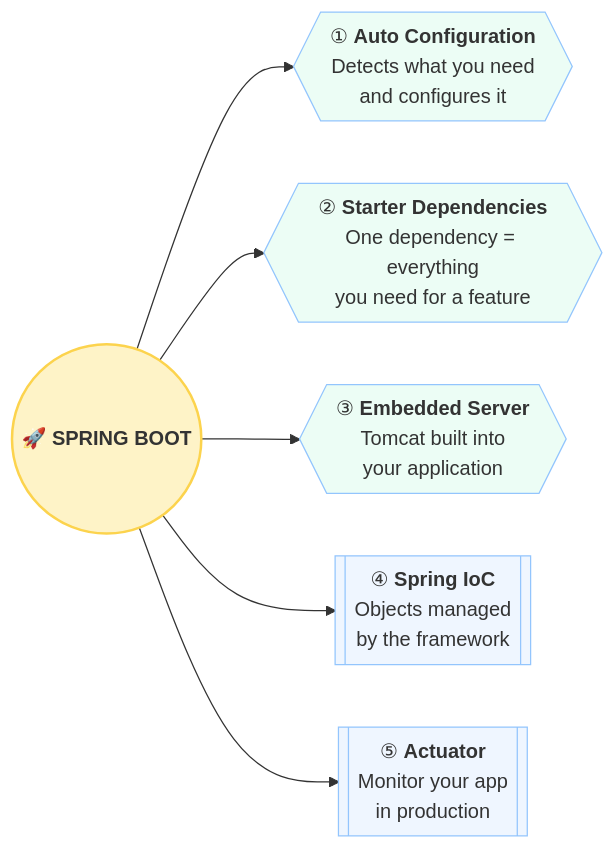
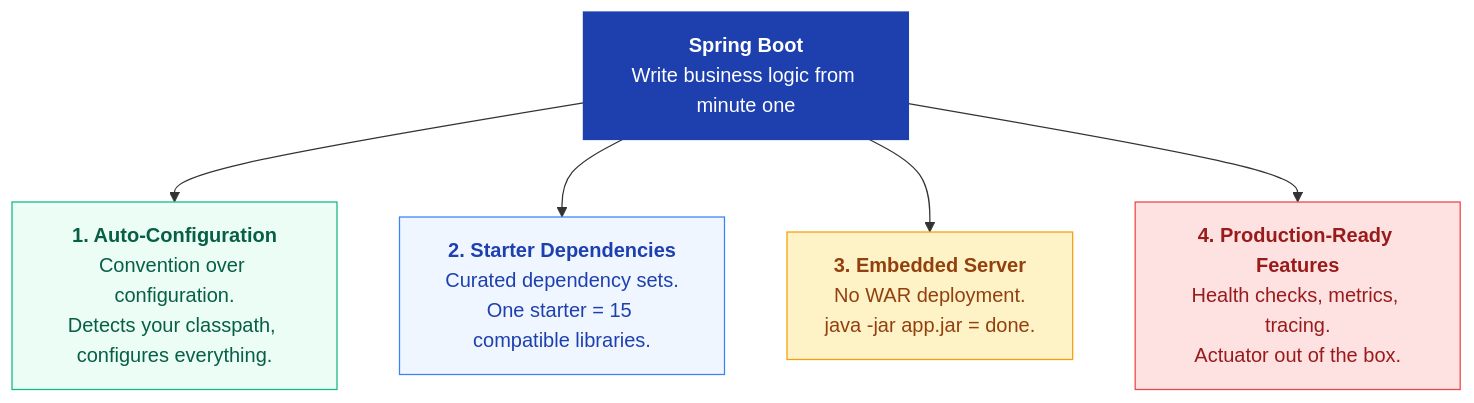
The first of 4 diagrams in docs/springboot/introduction.md (saivamsikaruturi/vamsilabs-dev-notes-main), drawn with Mermaid before and after one commit. The commit also changed other lines of this file and 21 other files, not shown here.

First line of the commit message:
Rewrite 20 Spring Boot + 2 Microservices pages as deep interview-prep guides

````diff
--- a/docs/springboot/introduction.md
+++ b/docs/springboot/introduction.md
@@ -95,16 +17,14 @@
 ```mermaid
-flowchart LR
-    SB(("🚀 <b>SPRING BOOT</b>"))
-    SB --> P1{{"① <b>Auto Configuration</b><br/>Detects what you need<br/>and configures it"}}
-    SB --> P2{{"② <b>Starter Dependencies</b><br/>One dependency = everything<br/>you need for a feature"}}
-    SB --> P3{{"③ <b>Embedded Server</b><br/>Tomcat built into<br/>your application"}}
-    SB --> P4[["④ <b>Spring IoC</b><br/>Objects managed<br/>by the framework"]]
-    SB --> P5[["⑤ <b>Actuator</b><br/>Monitor your app<br/>in production"]]
+flowchart TB
+    SB["<b>Spring Boot</b><br/>Write business logic from minute one"]
+    SB --> AC["<b>1. Auto-Configuration</b><br/>Convention over configuration.<br/>Detects your classpath, configures everything."]
+    SB --> SD["<b>2. Starter Dependencies</b><br/>Curated dependency sets.<br/>One starter = 15 compatible libraries."]
+    SB --> ES["<b>3. Embedded Server</b><br/>No WAR deployment.<br/>java -jar app.jar = done."]
+    SB --> PR["<b>4. Production-Ready Features</b><br/>Health checks, metrics, tracing.<br/>Actuator out of the box."]
 
-    style SB fill:#FEF3C7,stroke:#FCD34D,stroke-width:2px
-    style P1 fill:#ECFDF5,stroke:#93C5FD
-    style P2 fill:#ECFDF5,stroke:#93C5FD
-    style P3 fill:#ECFDF5,stroke:#93C5FD
-    style P4 fill:#EFF6FF,stroke:#93C5FD
-    style P5 fill:#EFF6FF,stroke:#93C5FD
+    style SB fill:#1E40AF,stroke:#1E40AF,color:#FFFFFF
+    style AC fill:#ECFDF5,stroke:#10B981,color:#065F46
+    style SD fill:#EFF6FF,stroke:#3B82F6,color:#1E40AF
+    style ES fill:#FEF3C7,stroke:#F59E0B,color:#92400E
+    style PR fill:#FEE2E2,stroke:#EF4444,color:#991B1B
 ```
````
